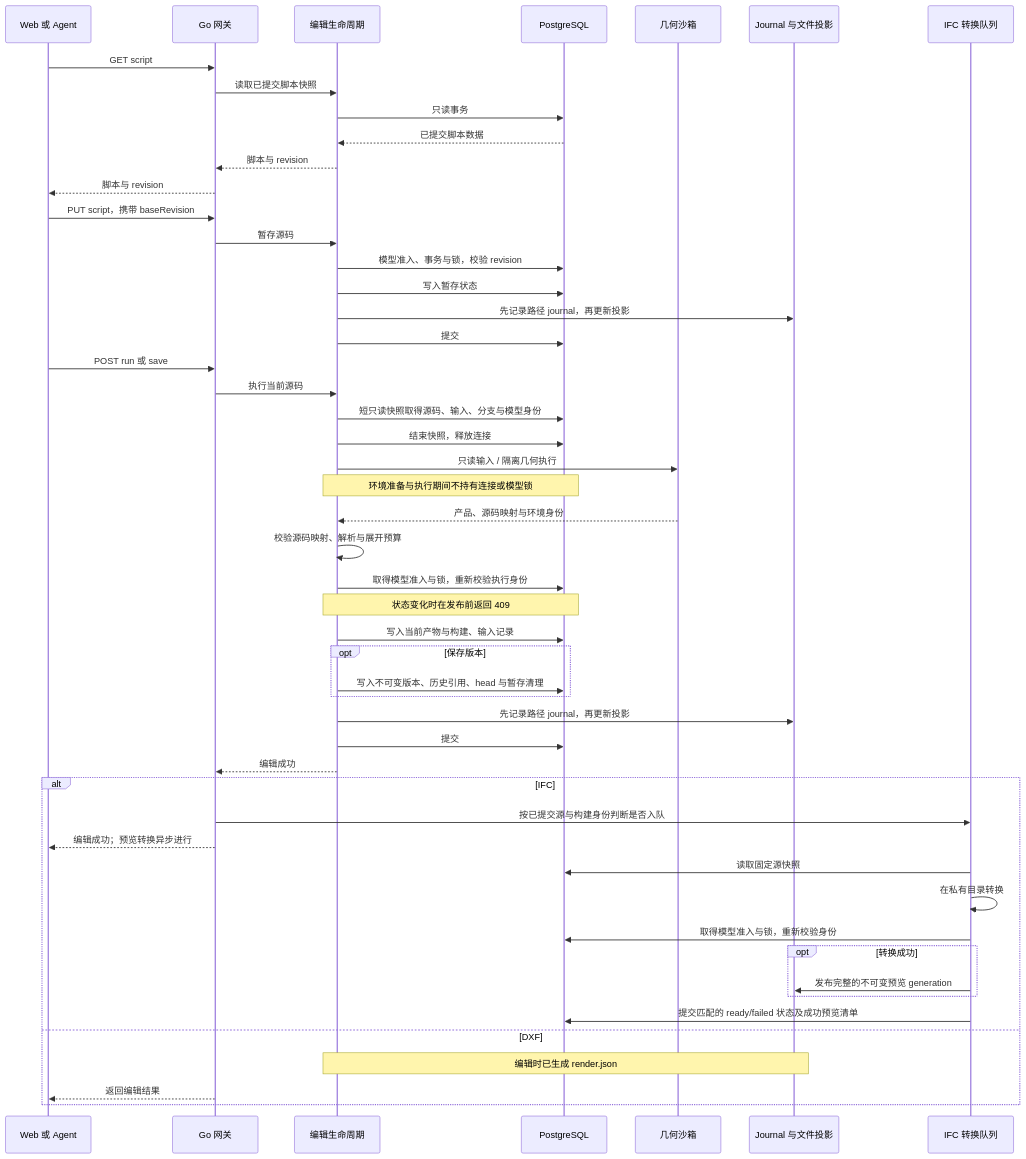
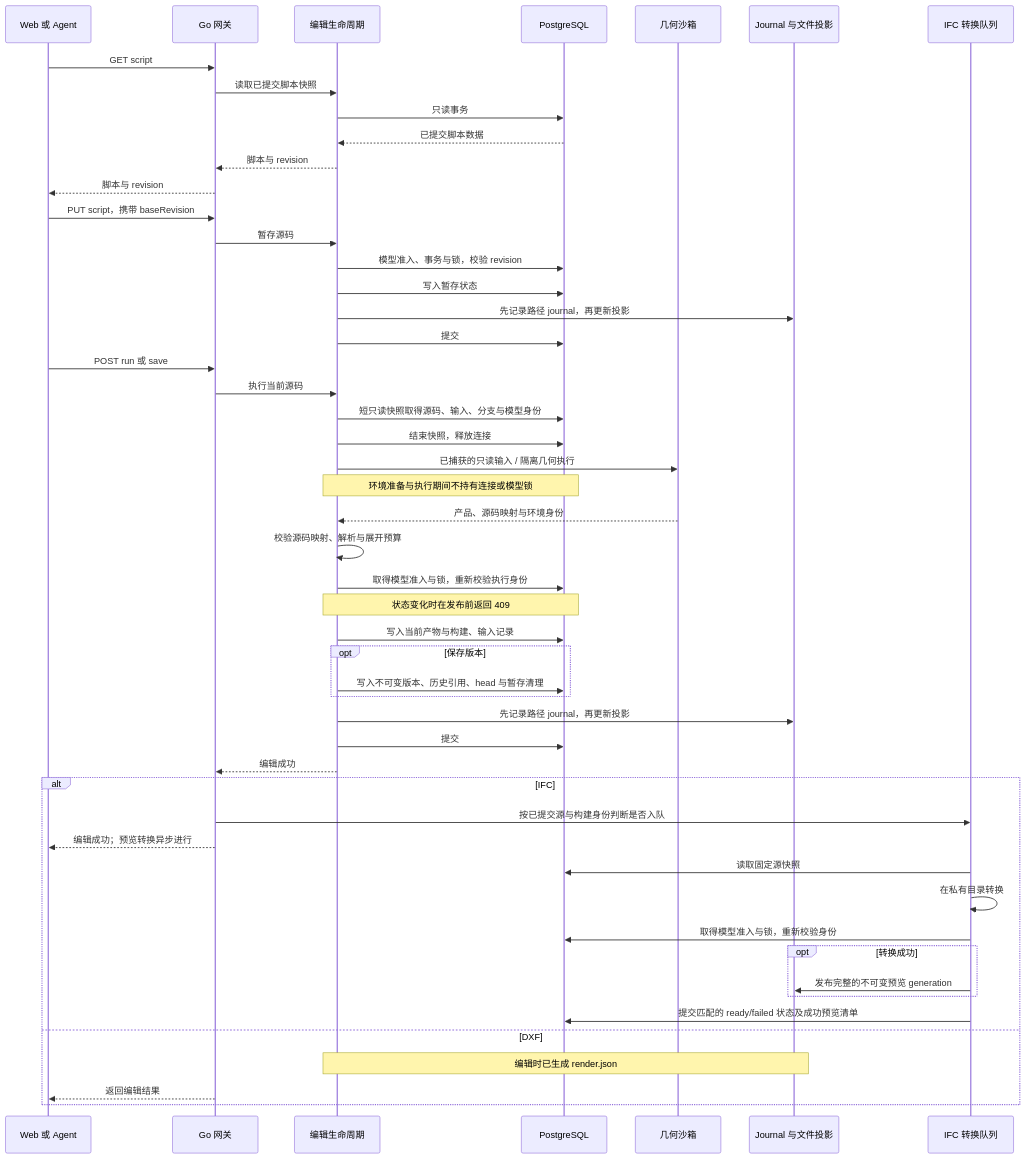
The second of 2 diagrams in README.zh-CN.md (0702hjj/SourceAEC), drawn with Mermaid before and after one commit. The commit also changed other lines of this file and 7 other files, not shown here.

````diff
--- a/README.zh-CN.md
+++ b/README.zh-CN.md
@@ -71,53 +71,53 @@
 ```mermaid
 sequenceDiagram
     participant U as Web 或 Agent
     participant A as Go 网关
     participant E as 编辑生命周期
     participant P as PostgreSQL
     participant S as 几何沙箱
     participant F as Journal 与文件投影
     participant Q as IFC 转换队列
     U->>A: GET script
     A->>E: 读取已提交脚本快照
     E->>P: 只读事务
     P-->>E: 已提交脚本数据
     E-->>A: 脚本与 revision
     A-->>U: 脚本与 revision
     U->>A: PUT script，携带 baseRevision
     A->>E: 暂存源码
     E->>P: 模型准入、事务与锁，校验 revision
     E->>P: 写入暂存状态
     E->>F: 先记录路径 journal，再更新投影
     E->>P: 提交
     U->>A: POST run 或 save
     A->>E: 执行当前源码
     E->>P: 短只读快照取得源码、输入、分支与模型身份
     E->>P: 结束快照，释放连接
-    E->>S: 只读输入 / 隔离几何执行
+    E->>S: 已捕获的只读输入 / 隔离几何执行
     Note over E,P: 环境准备与执行期间不持有连接或模型锁
     S-->>E: 产品、源码映射与环境身份
     E->>E: 校验源码映射、解析与展开预算
     E->>P: 取得模型准入与锁，重新校验执行身份
     Note over E,P: 状态变化时在发布前返回 409
     E->>P: 写入当前产物与构建、输入记录
     opt 保存版本
         E->>P: 写入不可变版本、历史引用、head 与暂存清理
     end
     E->>F: 先记录路径 journal，再更新投影
     E->>P: 提交
     E-->>A: 编辑成功
     alt IFC
         A->>Q: 按已提交源与构建身份判断是否入队
         A-->>U: 编辑成功；预览转换异步进行
         Q->>P: 读取固定源快照
         Q->>Q: 在私有目录转换
         Q->>P: 取得模型准入与锁，重新校验身份
         opt 转换成功
             Q->>F: 发布完整的不可变预览 generation
         end
         Q->>P: 提交匹配的 ready/failed 状态及成功预览清单
     else DXF
         Note over E,F: 编辑时已生成 render.json
         A-->>U: 返回编辑结果
     end
 ```
````
